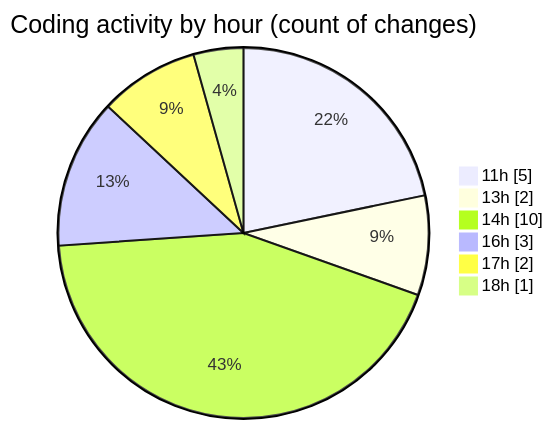
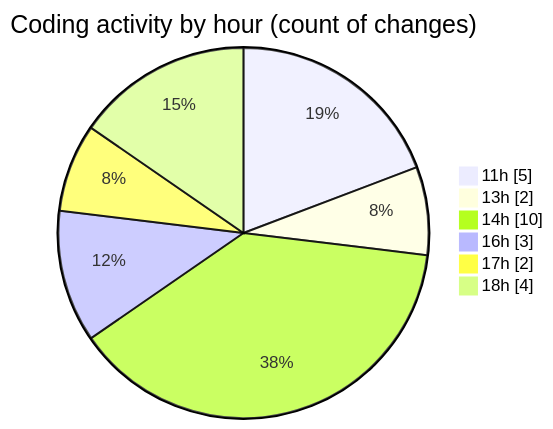
The second of 2 diagrams in 2025-10-27/usr_aleoudev_fr__workspace_/README.md (julien-gomy/code-tracking), drawn with Mermaid before and after one commit. The commit also changed other lines of this file and 1 other file, not shown here.

````diff
--- a/2025-10-27/usr_aleoudev_fr__workspace_/README.md
+++ b/2025-10-27/usr_aleoudev_fr__workspace_/README.md
@@ -35,10 +35,10 @@
 ```mermaid
 pie showData
 title Coding activity by hour (count of changes)
 "11h" : 5
 "13h" : 2
 "14h" : 10
 "16h" : 3
 "17h" : 2
-"18h" : 1
+"18h" : 4
 ```
````
